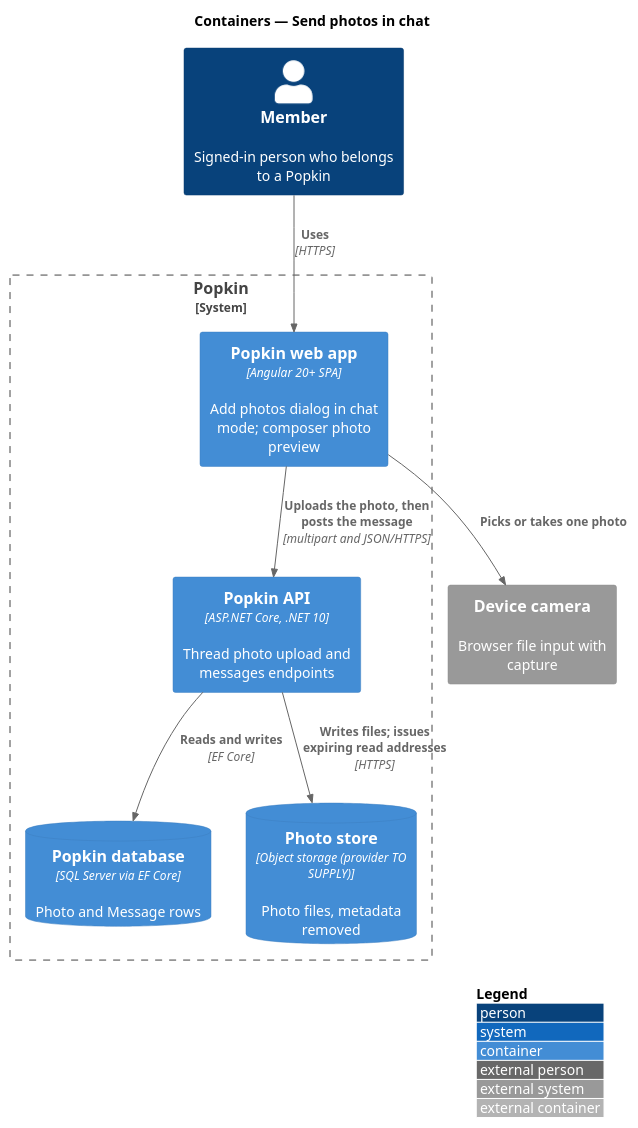
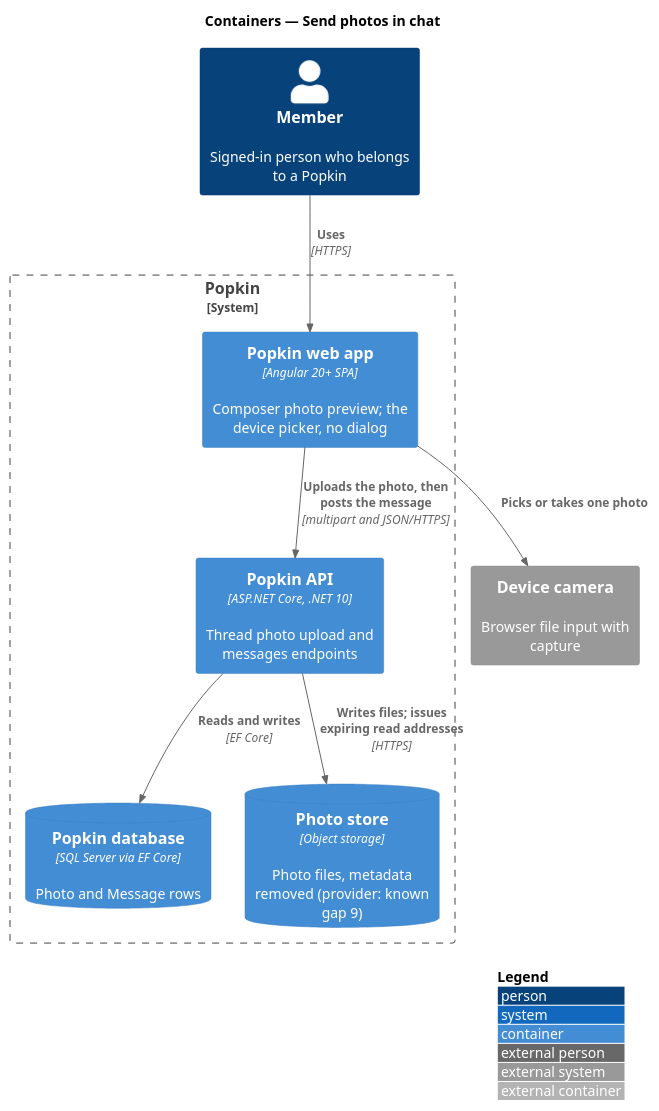
Before and after one commit to QuinntyneBrown/popkin: the diagram in docs/detailed-designs/chat/send-photos-in-chat/diagrams/c4-container.puml, drawn with PlantUML. The commit also changed 10 other files, not shown here.

First line of the commit message:
Settle the design of sending photos in chat

```diff
--- a/docs/detailed-designs/chat/send-photos-in-chat/diagrams/c4-container.puml
+++ b/docs/detailed-designs/chat/send-photos-in-chat/diagrams/c4-container.puml
@@ -1,19 +1,19 @@
 @startuml
 !include <C4/C4_Container>
 LAYOUT_WITH_LEGEND()
 title Containers — Send photos in chat
 
 Person(member, "Member", "Signed-in person who belongs to a Popkin")
 System_Ext(camera, "Device camera", "Browser file input with capture")
 System_Boundary(popkin, "Popkin") {
-  Container(spa, "Popkin web app", "Angular 20+ SPA", "Add photos dialog in chat mode; composer photo preview")
+  Container(spa, "Popkin web app", "Angular 20+ SPA", "Composer photo preview; the device picker, no dialog")
   Container(api, "Popkin API", "ASP.NET Core, .NET 10", "Thread photo upload and messages endpoints")
   ContainerDb(db, "Popkin database", "SQL Server via EF Core", "Photo and Message rows")
-  ContainerDb(store, "Photo store", "Object storage (provider TO SUPPLY)", "Photo files, metadata removed")
+  ContainerDb(store, "Photo store", "Object storage", "Photo files, metadata removed (provider: known gap 9)")
 }
 Rel(member, spa, "Uses", "HTTPS")
 Rel(spa, camera, "Picks or takes one photo")
 Rel(spa, api, "Uploads the photo, then posts the message", "multipart and JSON/HTTPS")
 Rel(api, store, "Writes files; issues expiring read addresses", "HTTPS")
 Rel(api, db, "Reads and writes", "EF Core")
 @enduml
```
